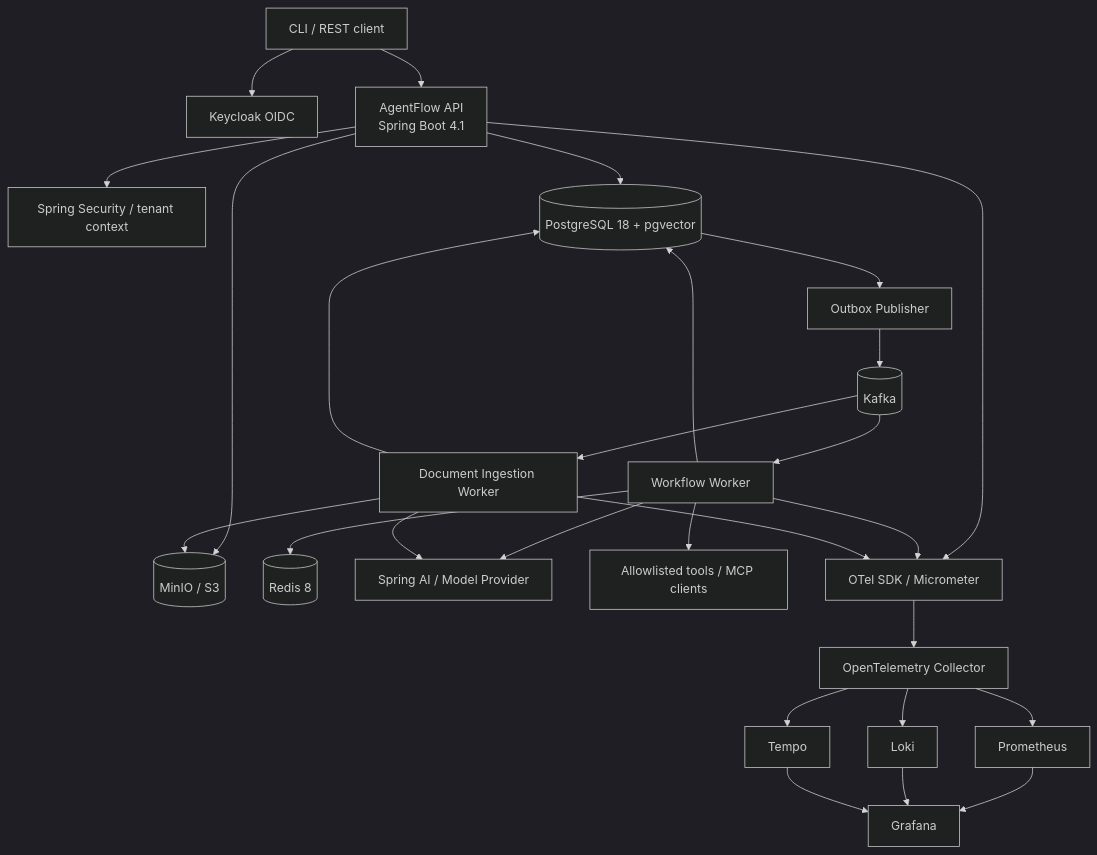
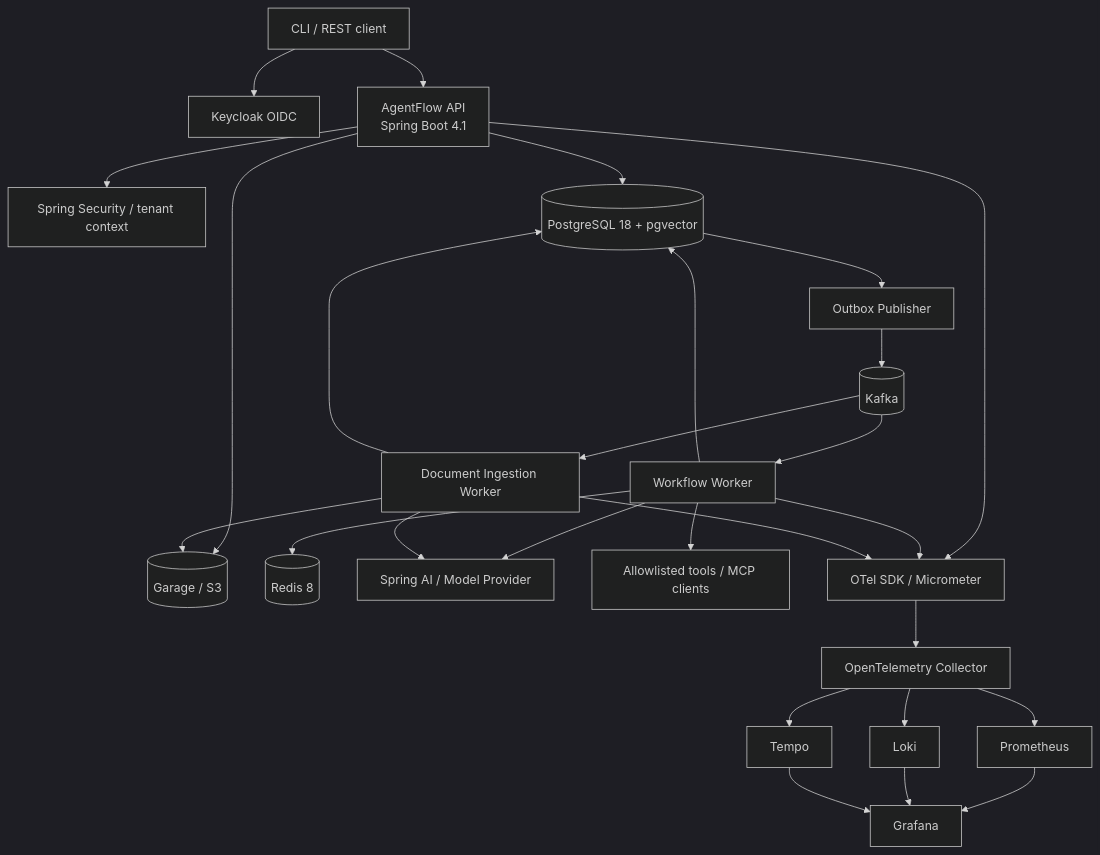
The first of 3 diagrams in AGENTFLOW_ARCHITECTURE_AND_PLAN.md (JavaCoDED78/agentflow), drawn with Mermaid (dark theme) before and after one commit. The commit also changed other lines of this file and 10 other files, not shown here.

````diff
--- a/AGENTFLOW_ARCHITECTURE_AND_PLAN.md
+++ b/AGENTFLOW_ARCHITECTURE_AND_PLAN.md
@@ -124,29 +124,29 @@
 ```mermaid
 flowchart TB
     Client[CLI / REST client] --> KC[Keycloak OIDC]
     Client --> API[AgentFlow API\nSpring Boot 4.1]
     API --> SEC[Spring Security / tenant context]
     API --> PG[(PostgreSQL 18 + pgvector)]
-    API --> OBJ[(MinIO / S3)]
+    API --> OBJ[(Garage / S3)]
     PG --> OUTBOX[Outbox Publisher]
     OUTBOX --> K[(Kafka)]
     K --> W[Workflow Worker]
     K --> DW[Document Ingestion Worker]
     W --> PG
     W --> REDIS[(Redis 8)]
     W --> AI[Spring AI / Model Provider]
     W --> TOOLS[Allowlisted tools / MCP clients]
     DW --> OBJ
     DW --> PG
     DW --> AI
     API --> OTEL[OTel SDK / Micrometer]
     W --> OTEL
     DW --> OTEL
     OTEL --> COL[OpenTelemetry Collector]
     COL --> PROM[Prometheus]
     COL --> LOKI[Loki]
     COL --> TEMPO[Tempo]
     PROM --> GRAF[Grafana]
     LOKI --> GRAF
     TEMPO --> GRAF
 ```
````
